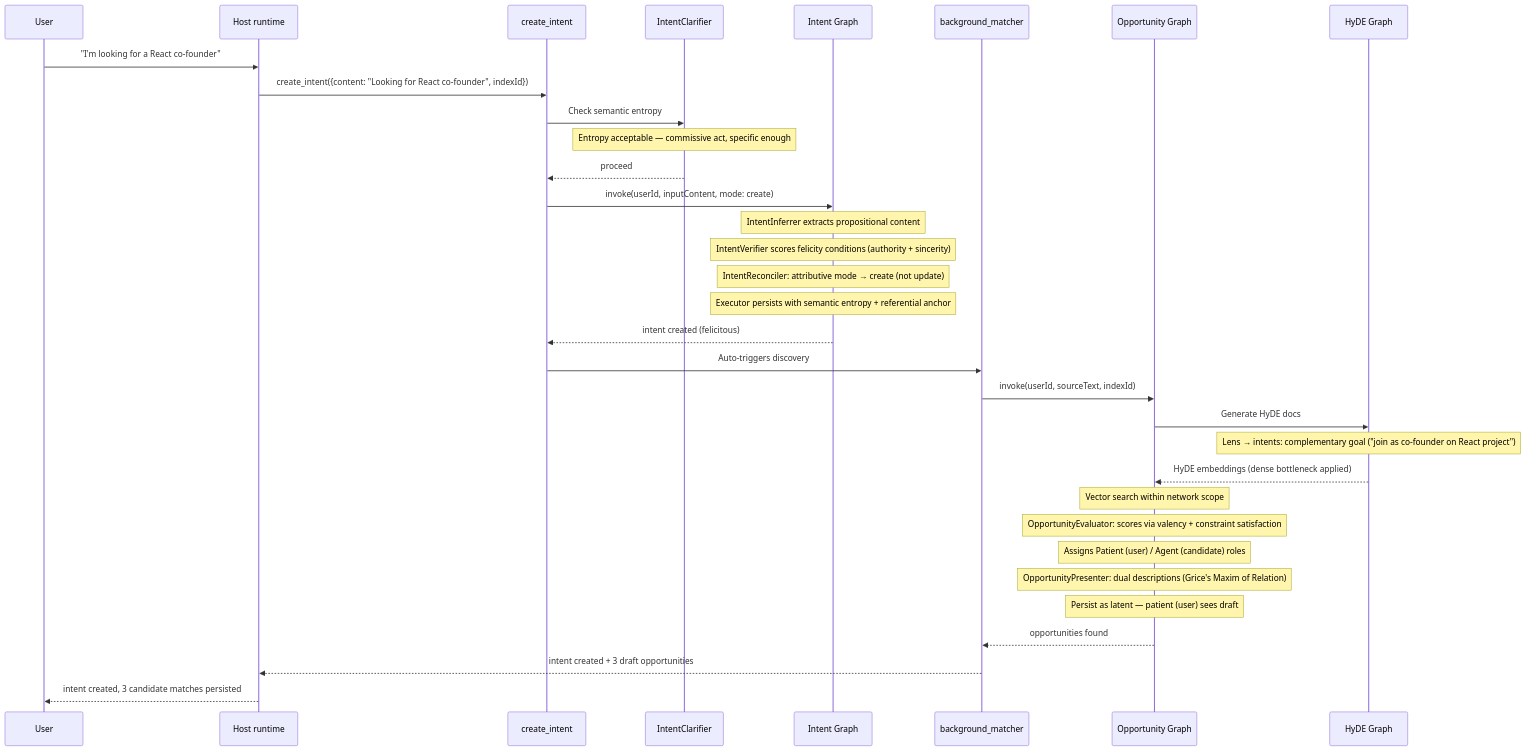
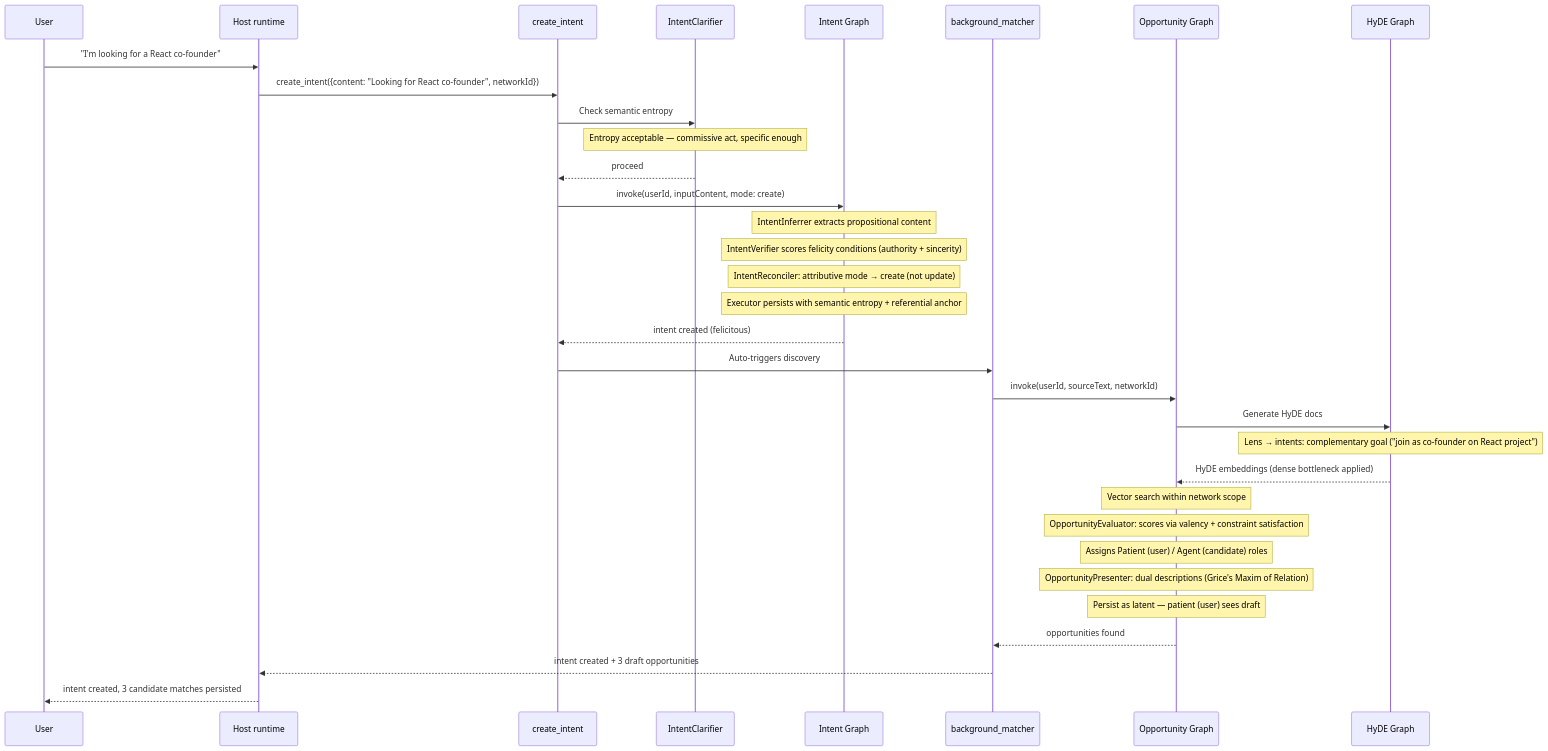
Before and after one commit to indexnetwork/index: the first of 2 diagrams in packages/protocol/src/README.md, drawn with Mermaid. The commit also changed other lines of this file and 99 other files, not shown here.

First line of the commit message:
refactor!: name the community a network everywhere, not an index

````diff
--- a/packages/protocol/src/README.md
+++ b/packages/protocol/src/README.md
@@ -110,42 +110,42 @@
 ```mermaid
 sequenceDiagram
     participant User
     participant Host as Host runtime
     participant CI as create_intent
     participant IC as IntentClarifier
     participant IG as Intent Graph
     participant CO as background_matcher
     participant OG as Opportunity Graph
     participant HG as HyDE Graph
 
     User->>Host: "I'm looking for a React co-founder"
-    Host->>CI: create_intent({content: "Looking for React co-founder", indexId})
+    Host->>CI: create_intent({content: "Looking for React co-founder", networkId})
 
     CI->>IC: Check semantic entropy
     Note over IC: Entropy acceptable — commissive act, specific enough
     IC-->>CI: proceed
 
     CI->>IG: invoke(userId, inputContent, mode: create)
     Note over IG: IntentInferrer extracts propositional content
     Note over IG: IntentVerifier scores felicity conditions (authority + sincerity)
     Note over IG: IntentReconciler: attributive mode → create (not update)
     Note over IG: Executor persists with semantic entropy + referential anchor
 
     IG-->>CI: intent created (felicitous)
     CI->>CO: Auto-triggers discovery
-    CO->>OG: invoke(userId, sourceText, indexId)
+    CO->>OG: invoke(userId, sourceText, networkId)
 
     OG->>HG: Generate HyDE docs
     Note over HG: Lens → intents: complementary goal ("join as co-founder on React project")
     HG-->>OG: HyDE embeddings (dense bottleneck applied)
 
     Note over OG: Vector search within network scope
     Note over OG: OpportunityEvaluator: scores via valency + constraint satisfaction
     Note over OG: Assigns Patient (user) / Agent (candidate) roles
     Note over OG: OpportunityPresenter: dual descriptions (Grice's Maxim of Relation)
     Note over OG: Persist as latent — patient (user) sees draft
 
     OG-->>CO: opportunities found
     CO-->>Host: intent created + 3 draft opportunities
     Host-->>User: intent created, 3 candidate matches persisted
 ```
````
